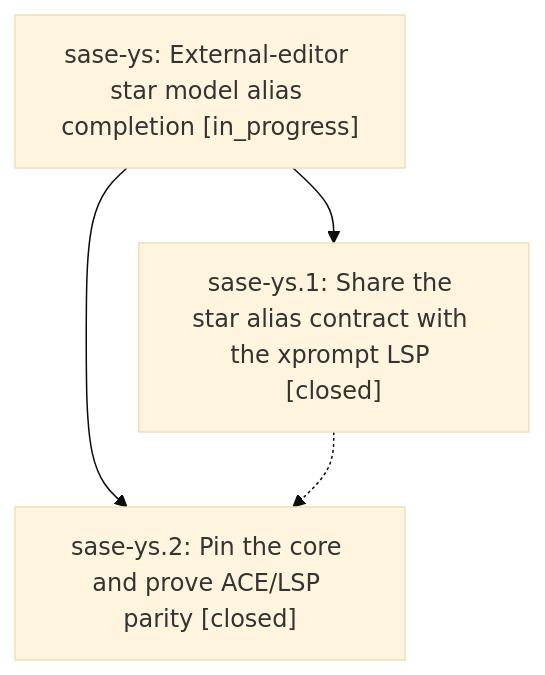
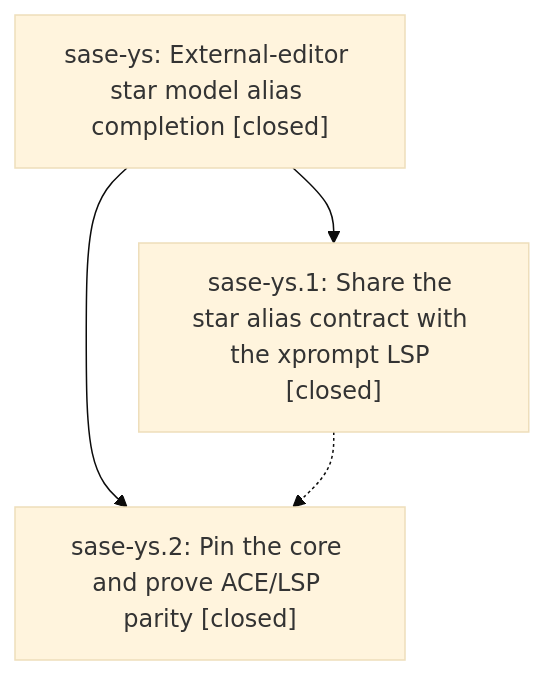
One commit to sase-org/sase--beads changed the diagram in pages/sase-ys/README.md. Above: the diagram before and after it, drawn with Mermaid (base theme). The commit also changed other lines of this file, not shown here.

First line of the commit message:
chore(beads): sync bead state and pages for sase-ys

````diff
--- a/pages/sase-ys/README.md
+++ b/pages/sase-ys/README.md
@@ -35,9 +43,9 @@
 ```mermaid
 flowchart TD
-    n0["sase-ys: External-editor star model alias completion [in_progress]"]
+    n0["sase-ys: External-editor star model alias completion [closed]"]
     n1["sase-ys.1: Share the star alias contract with the xprompt LSP [closed]"]
     n2["sase-ys.2: Pin the core and prove ACE/LSP parity [closed]"]
     n0 --> n1
     n0 --> n2
     n1 -.-> n2
 ```
````
